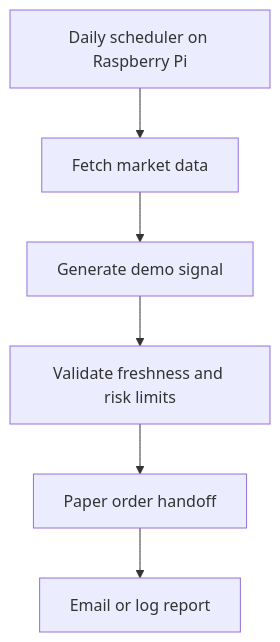
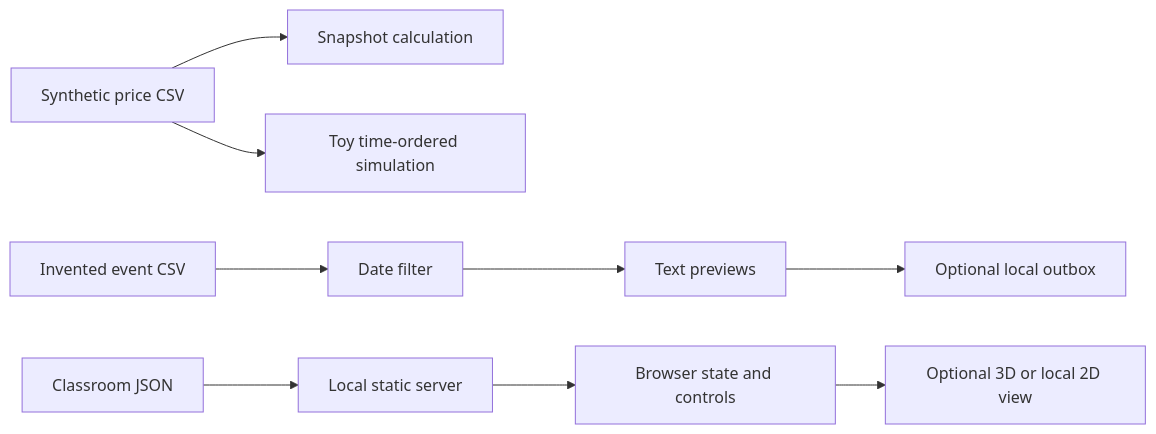
Before and after one commit to Joon-Jeremy-Chun/quant-pi-trading-demo: the diagram in docs/architecture.md, drawn with Mermaid. The commit also changed other lines of this file and 44 other files, not shown here.

````diff
--- a/docs/architecture.md
+++ b/docs/architecture.md
@@ -5,8 +7,11 @@
 ```mermaid
-flowchart TD
-    A[Daily scheduler on Raspberry Pi] --> B[Fetch market data]
-    B --> C[Generate demo signal]
-    C --> D[Validate freshness and risk limits]
-    D --> E[Paper order handoff]
-    E --> F[Email or log report]
+flowchart LR
+    P[Synthetic price CSV] --> S[Snapshot calculation]
+    P --> B[Toy time-ordered simulation]
+    C[Invented event CSV] --> F[Date filter]
+    F --> R[Text previews]
+    R --> O[Optional local outbox]
+    J[Classroom JSON] --> L[Local static server]
+    L --> D[Browser state and controls]
+    D --> V[Optional 3D or local 2D view]
 ```
````
